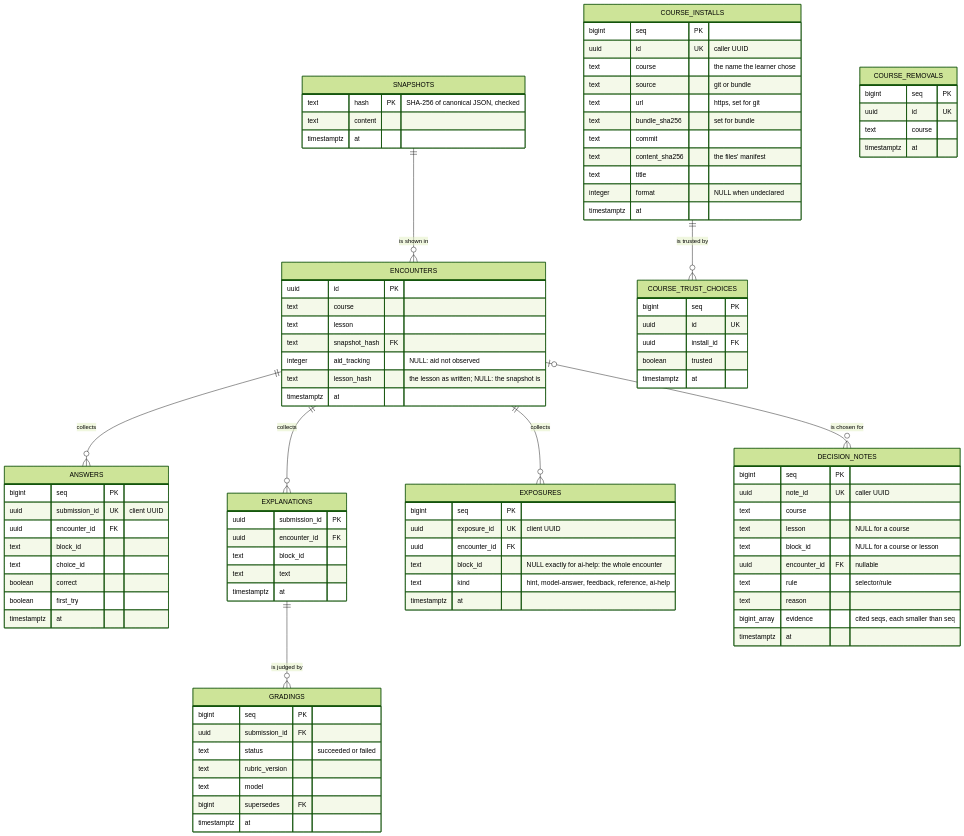
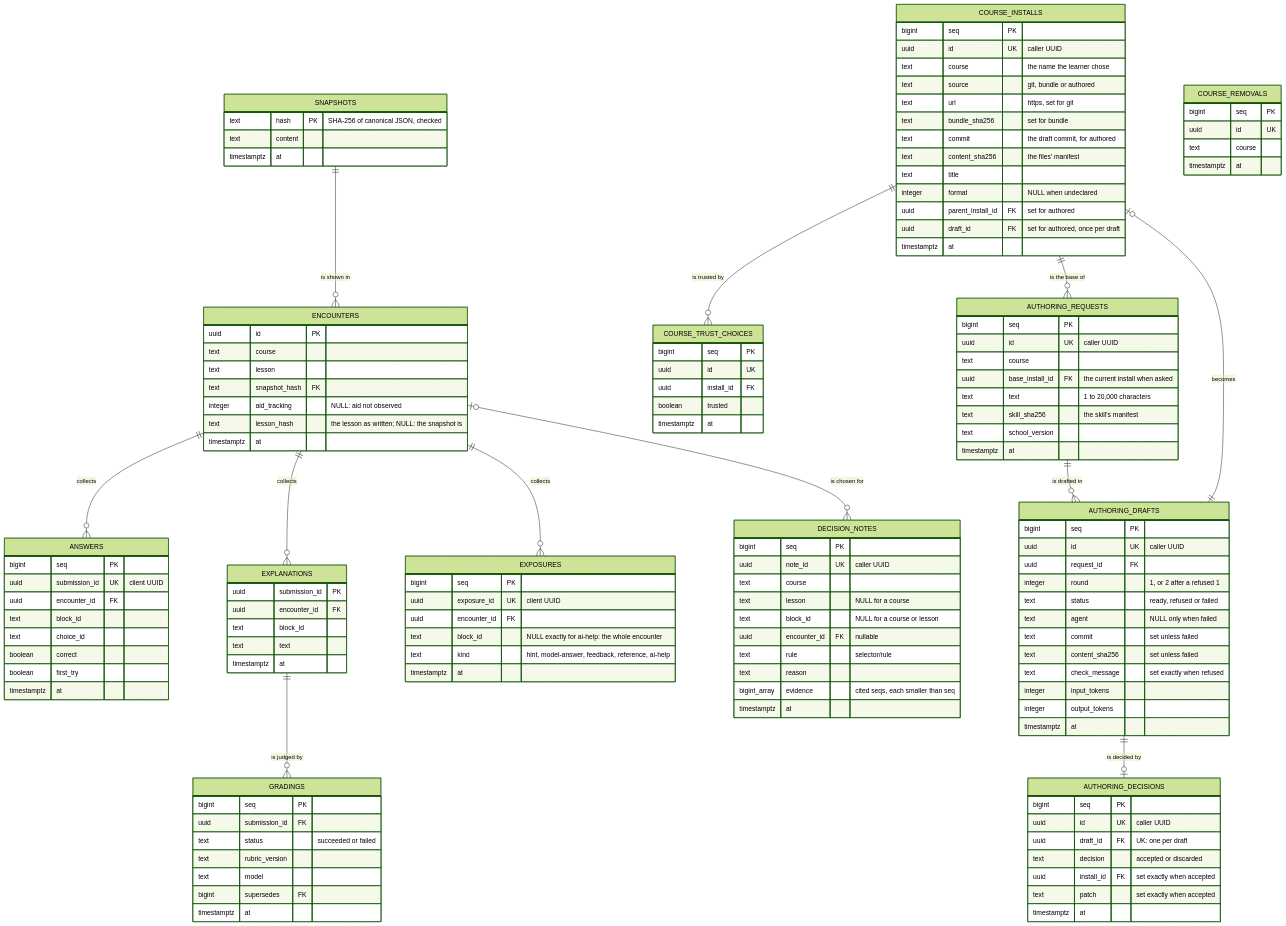
The third of 4 diagrams in docs/topics/architecture/README.md (flyingrobots/school), drawn with Mermaid (forest theme) before and after one commit. The commit also changed other lines of this file and 3 other files, not shown here.

```diff
--- a/docs/topics/architecture/README.md
+++ b/docs/topics/architecture/README.md
@@ -462,13 +479,52 @@
         bigint seq PK
         uuid id UK "caller UUID"
         text course "the name the learner chose"
-        text source "git or bundle"
+        text source "git, bundle or authored"
         text url "https, set for git"
         text bundle_sha256 "set for bundle"
-        text commit
+        text commit "the draft commit, for authored"
         text content_sha256 "the files' manifest"
         text title
         integer format "NULL when undeclared"
+        uuid parent_install_id FK "set for authored"
+        uuid draft_id FK "set for authored, once per draft"
+        timestamptz at
+    }
+    COURSE_INSTALLS ||--o{ AUTHORING_REQUESTS : "is the base of"
+    AUTHORING_REQUESTS ||--o{ AUTHORING_DRAFTS : "is drafted in"
+    AUTHORING_DRAFTS ||--o| AUTHORING_DECISIONS : "is decided by"
+    AUTHORING_DRAFTS ||--o| COURSE_INSTALLS : "becomes"
+    AUTHORING_REQUESTS {
+        bigint seq PK
+        uuid id UK "caller UUID"
+        text course
+        uuid base_install_id FK "the current install when asked"
+        text text "1 to 20,000 characters"
+        text skill_sha256 "the skill's manifest"
+        text school_version
+        timestamptz at
+    }
+    AUTHORING_DRAFTS {
+        bigint seq PK
+        uuid id UK "caller UUID"
+        uuid request_id FK
+        integer round "1, or 2 after a refused 1"
+        text status "ready, refused or failed"
+        text agent "NULL only when failed"
+        text commit "set unless failed"
+        text content_sha256 "set unless failed"
+        text check_message "set exactly when refused"
+        integer input_tokens
+        integer output_tokens
+        timestamptz at
+    }
+    AUTHORING_DECISIONS {
+        bigint seq PK
+        uuid id UK "caller UUID"
+        uuid draft_id FK "UK: one per draft"
+        text decision "accepted or discarded"
+        uuid install_id FK "set exactly when accepted"
+        text patch "set exactly when accepted"
         timestamptz at
     }
     COURSE_REMOVALS {
```
